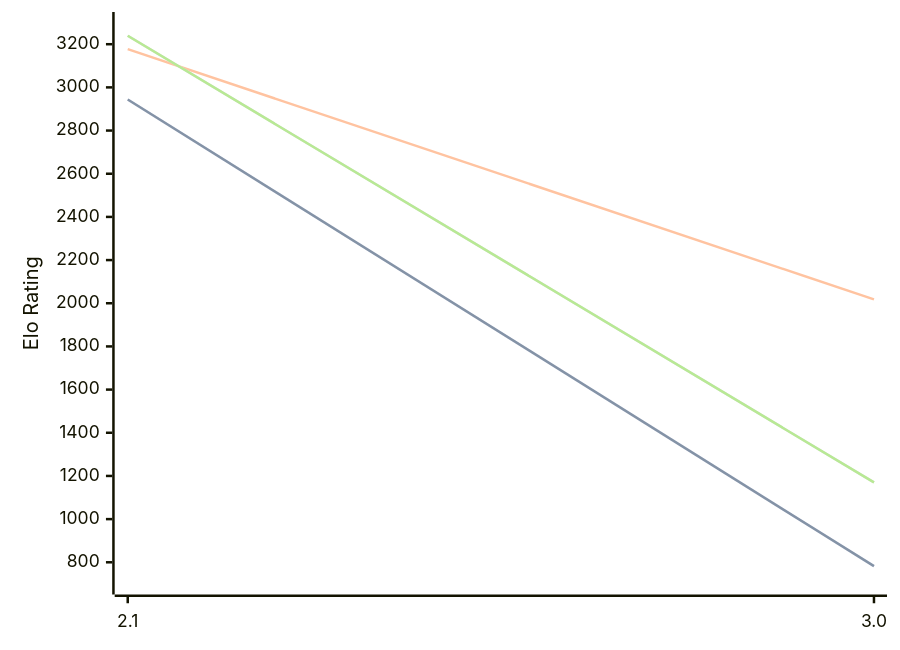
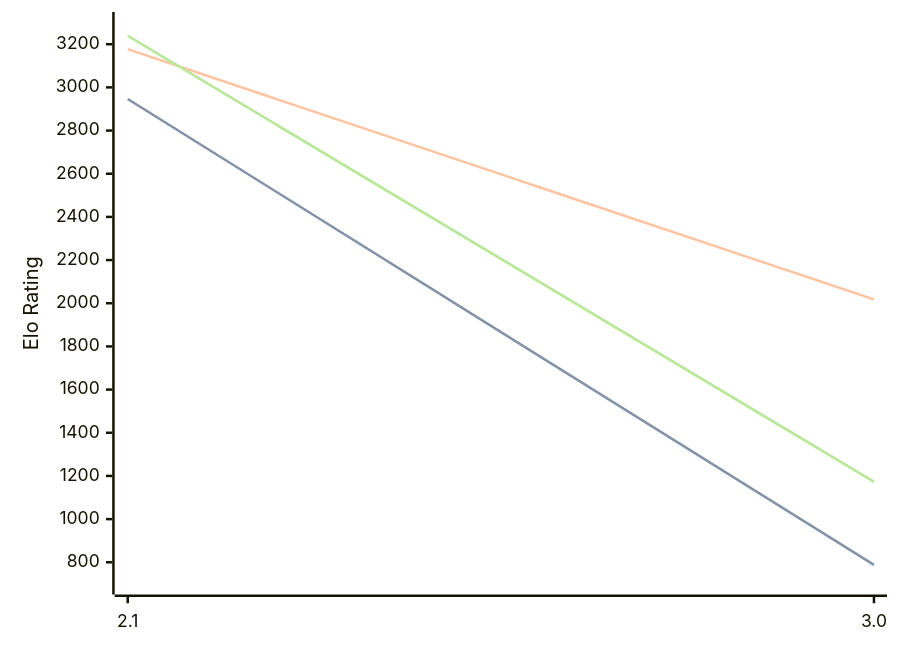
The first of 3 diagrams in engines/Quirky.md (computer-chess-index/cci), drawn with Mermaid before and after one commit. The commit also changed other lines of this file, not shown here.

Commit message:
Update CCI Ratings (ELO VLTC) - 2026-06-23

````diff
--- a/engines/Quirky.md
+++ b/engines/Quirky.md
@@ -34,11 +34,11 @@
 ```mermaid
 %%{init: {"theme":"base","themeVariables":{"seriesColors:['#a3a3a3','#222221','#faa371']}}}%%
 xychart-beta
   x-axis ["2.1", "3.0"]
   y-axis "Elo Rating" 700 --> 3300
-  line "STC (8.0+0.08s)" [2944, 782]
-  line "STC (8.0+0.08s)" [2944, 782]
+  line "STC (8.0+0.08s)" [2946, 788]
+  line "STC (8.0+0.08s)" [2946, 788]
   line "LTC (60.0+0.60s)" [3177, 2018]
-  line "VLTC (2m24s+1.12s)" [3239, 1170]
-  line "VLTC (2m24s+1.12s)" [3239, 1170]
+  line "VLTC (2m24s+1.12s)" [3239, 1173]
+  line "VLTC (2m24s+1.12s)" [3239, 1173]
 ```
````
